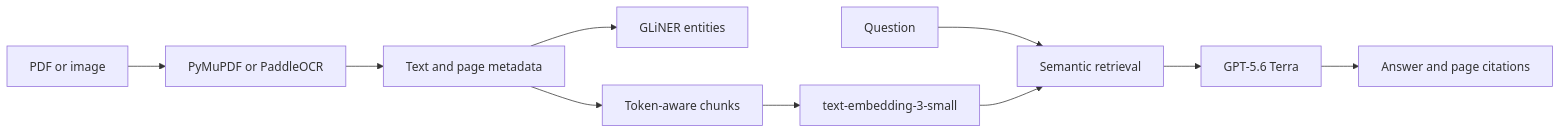
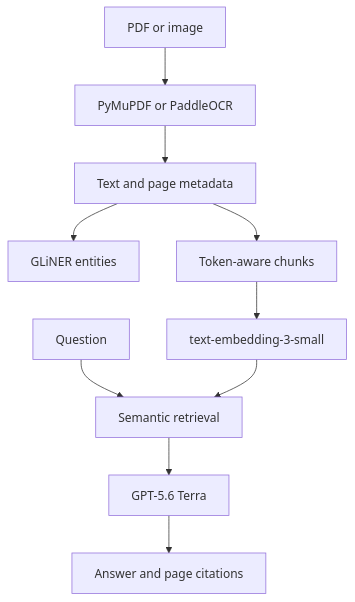
One commit to jtlicardo/document-insight-service changed the diagram in README.md. Above: the diagram before and after it, drawn with Mermaid. The commit also changed other lines of this file, not shown here.

````diff
--- a/README.md
+++ b/README.md
@@ -56,12 +53,12 @@
 ```mermaid
-flowchart LR
+flowchart TD
     A[PDF or image] --> B[PyMuPDF or PaddleOCR]
     B --> C[Text and page metadata]
     C --> D[GLiNER entities]
     C --> E[Token-aware chunks]
     E --> F[text-embedding-3-small]
     Q[Question] --> G[Semantic retrieval]
     F --> G
     G --> H[GPT-5.6 Terra]
     H --> I[Answer and page citations]
 ```
````
